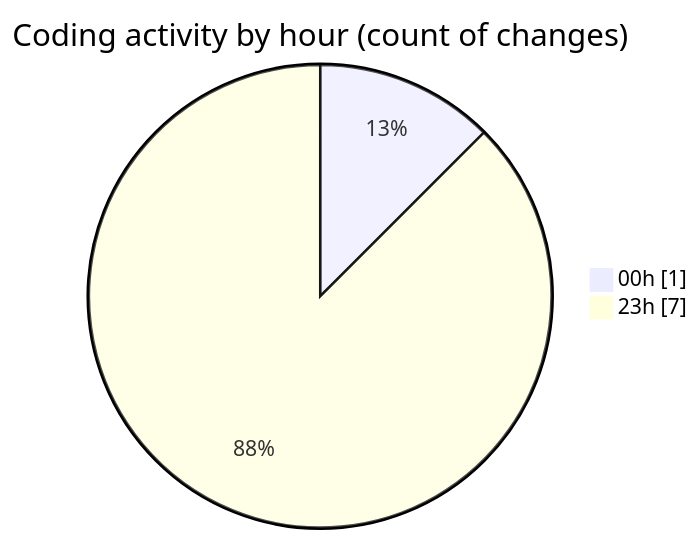
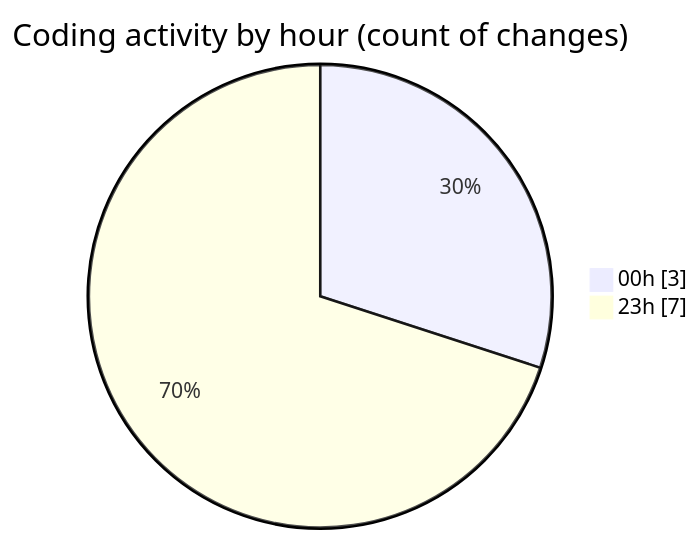
One commit to Elitesun/code-tracking changed the second of 2 diagrams in 2025-05-28/elitesun/README.md. Above: the diagram before and after it, drawn with Mermaid. The commit also changed other lines of this file and 1 other file, not shown here.

````diff
--- a/2025-05-28/elitesun/README.md
+++ b/2025-05-28/elitesun/README.md
@@ -32,6 +35,6 @@
 ```mermaid
 pie showData
 title Coding activity by hour (count of changes)
-"00h" : 1
+"00h" : 3
 "23h" : 7
 ```
````
